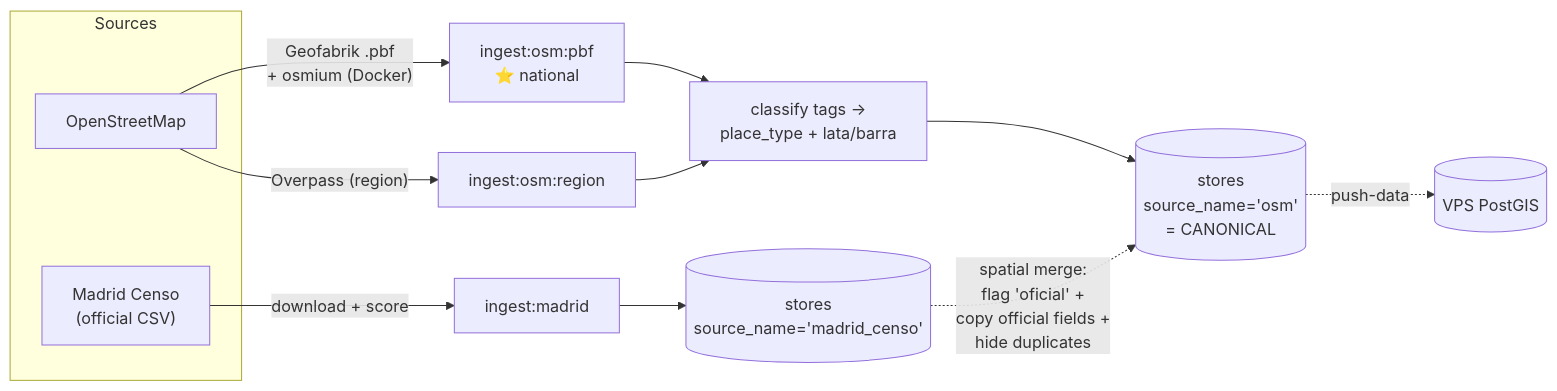
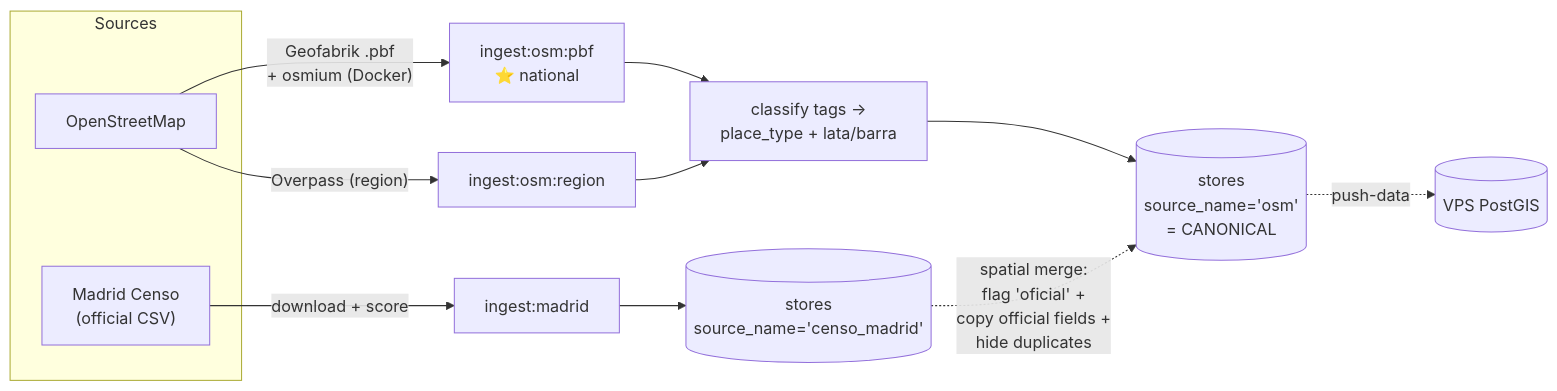
The third of 6 diagrams in docs/00-overview.md (portiaove/cervezadonde), drawn with Mermaid before and after one commit. The commit also changed other lines of this file and 8 other files, not shown here.

````diff
--- a/docs/00-overview.md
+++ b/docs/00-overview.md
@@ -64,20 +64,20 @@
 ```mermaid
 flowchart LR
   subgraph Sources
     CENSO["Madrid Censo<br/>(official CSV)"]
     OSM["OpenStreetMap"]
   end
 
   OSM -->|"Overpass (region)"| RG["ingest:osm:region"]
   OSM -->|"Geofabrik .pbf<br/>+ osmium (Docker)"| PBF["ingest:osm:pbf<br/>⭐ national"]
   CENSO -->|"download + score"| MAD["ingest:madrid"]
 
   PBF --> CLASS["classify tags →<br/>place_type + lata/barra"]
   RG --> CLASS
   CLASS --> STORES[("stores<br/>source_name='osm'<br/>= CANONICAL")]
 
-  MAD --> CENSOROWS[("stores<br/>source_name='madrid_censo'")]
+  MAD --> CENSOROWS[("stores<br/>source_name='censo_madrid'")]
   CENSOROWS -.->|"spatial merge:<br/>flag 'oficial' +<br/>copy official fields +<br/>hide duplicates"| STORES
 
   STORES -.->|push-data| PROD[("VPS PostGIS")]
 ```
````
